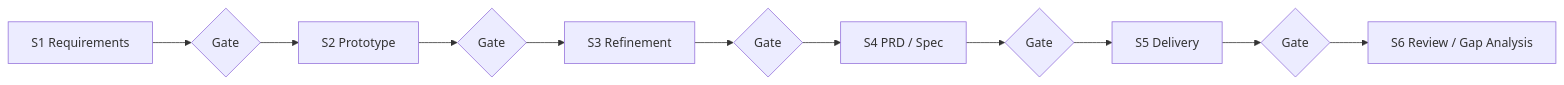
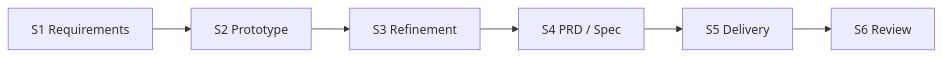
The first of 2 diagrams in antskill-creator/README.md (zzhssg/Antskills), drawn with Mermaid before and after one commit. The commit also changed other lines of this file and 1 other file, not shown here.

````diff
--- a/antskill-creator/README.md
+++ b/antskill-creator/README.md
@@ -41,13 +36,8 @@
 ```mermaid
 flowchart LR
-  S1["S1 Requirements"] --> G1{"Gate"}
-  G1 --> S2["S2 Prototype"]
-  S2 --> G2{"Gate"}
-  G2 --> S3["S3 Refinement"]
-  S3 --> G3{"Gate"}
-  G3 --> S4["S4 PRD / Spec"]
-  S4 --> G4{"Gate"}
-  G4 --> S5["S5 Delivery"]
-  S5 --> G5{"Gate"}
-  G5 --> S6["S6 Review / Gap Analysis"]
+  S1["S1 Requirements"] --> S2["S2 Prototype"]
+  S2 --> S3["S3 Refinement"]
+  S3 --> S4["S4 PRD / Spec"]
+  S4 --> S5["S5 Delivery"]
+  S5 --> S6["S6 Review"]
 ```
````
